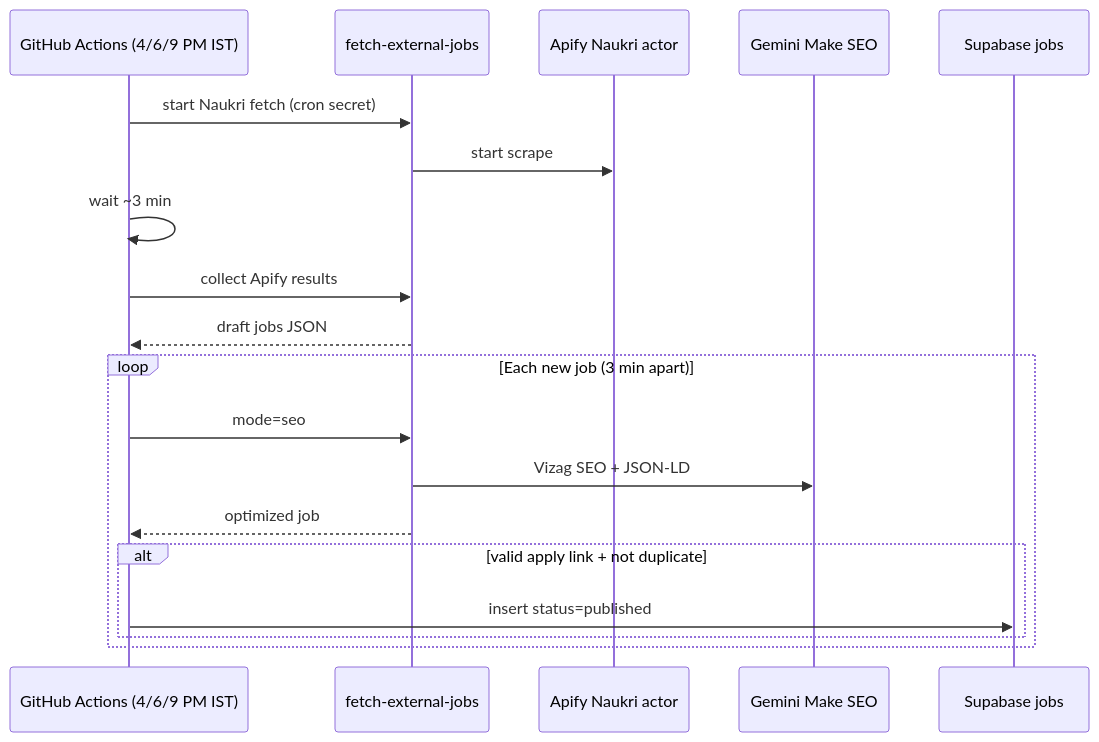
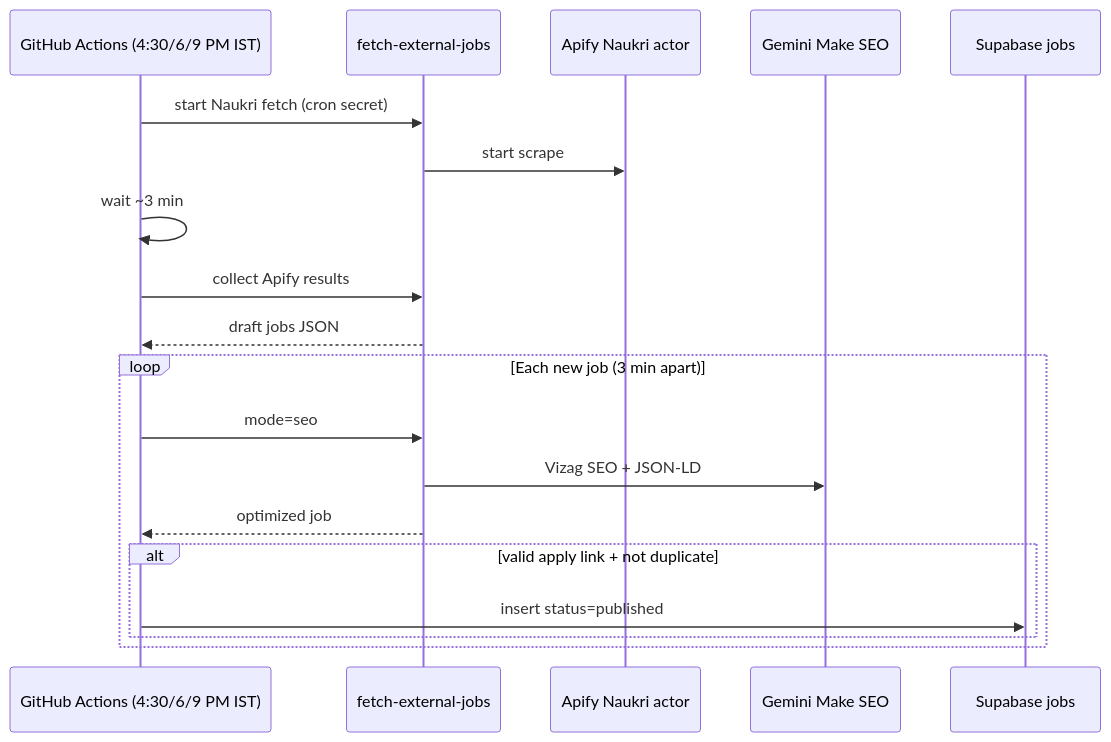
The diagram in docs/auto-naukri-pipeline.md (Kiran040595/vizag-jobs), drawn with Mermaid before and after one commit. The commit also changed other lines of this file and 1 other file, not shown here.

First line of the commit message:
Schedule Naukri daily fetch for 4:30 PM IST.

````diff
--- a/docs/auto-naukri-pipeline.md
+++ b/docs/auto-naukri-pipeline.md
@@ -15,22 +15,22 @@
 ```mermaid
 sequenceDiagram
-  participant GH as GitHub Actions (4/6/9 PM IST)
+  participant GH as GitHub Actions (4:30/6/9 PM IST)
   participant Edge as fetch-external-jobs
   participant Apify as Apify Naukri actor
   participant Gemini as Gemini Make SEO
   participant DB as Supabase jobs
 
   GH->>Edge: start Naukri fetch (cron secret)
   Edge->>Apify: start scrape
   GH->>GH: wait ~3 min
   GH->>Edge: collect Apify results
   Edge-->>GH: draft jobs JSON
   loop Each new job (3 min apart)
     GH->>Edge: mode=seo
     Edge->>Gemini: Vizag SEO + JSON-LD
     Edge-->>GH: optimized job
     alt valid apply link + not duplicate
       GH->>DB: insert status=published
     end
   end
 ```
````
